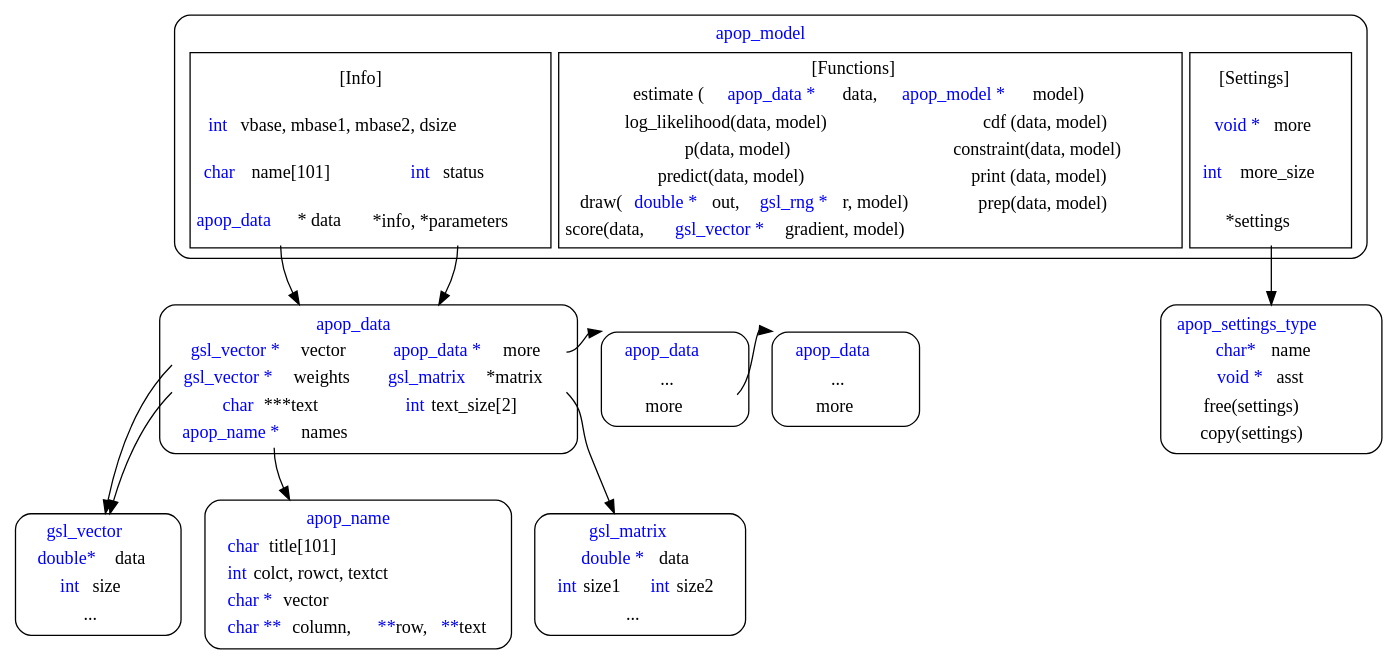
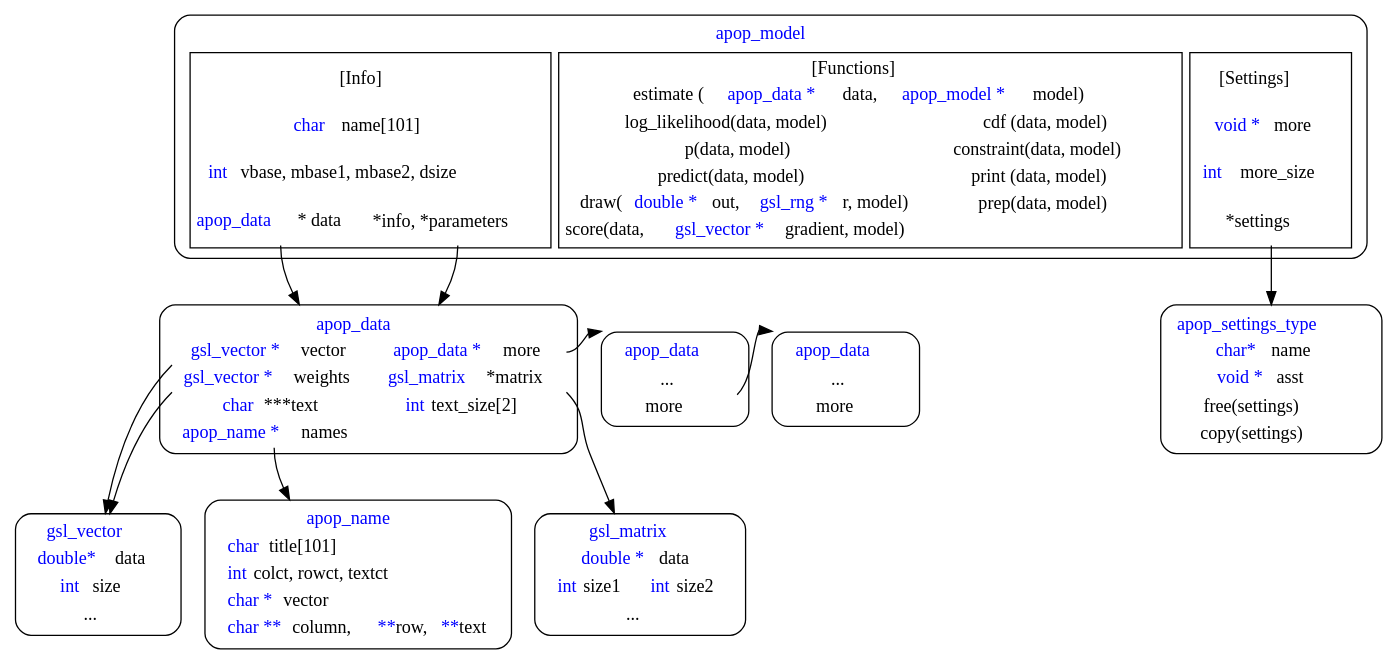
One commit to b-k/apophenia changed the diagram in doxy/structs.dot. Above: the diagram before and after it, drawn with Graphviz. The commit also changed 18 other files, not shown here.

```diff
--- a/doxy/structs.dot
+++ b/doxy/structs.dot
@@ -1,134 +1,131 @@
 
 digraph {
     node [shape="rect"];
 
 
     "model" [
         label = <
         <table border="0" cellborder="0">
         <tr>
         <td align="center" colspan="3"> <font color="blue">apop_model</font> </td></tr>
    <tr><td>
         <table border="1" cellborder="0">
         <tr><td colspan ="2" align="center"> [Info] </td></tr>
+        <tr> <td colspan ="2"><font color="blue"> char</font> name[101]</td> </tr>
         <tr><td colspan ="2"><font color="blue"> int</font> vbase, mbase1, mbase2, dsize </td></tr>
-        <tr>
-                <td><font color="blue"> char</font> name[101]</td>
-        <td><font color="blue"> int</font> status</td>
-        </tr>
         <tr><td port="dd"><font color="blue"> apop_data</font> * data </td>
         <td port="params">*info, *parameters</td>
         </tr>
         </table>
     </td><td>
         <table align="left" border="1" cellborder="0">
         <tr><td colspan ="2" align="center"> [Functions] </td></tr>
         <tr><td colspan ="2">estimate (<font color="blue">apop_data * </font> data, <font color="blue">apop_model * </font> model) </td></tr>
         <tr><td> log_likelihood(data, model) </td><td>cdf (data, model) </td></tr>
         <tr><td>p(data, model) </td><td>constraint(data, model) </td></tr>
         <tr><td>predict(data, model) </td><td> print (data, model) </td></tr>
         <tr><td>draw(<font color="blue">double *</font> out, <font
                 color="blue">gsl_rng *</font> r, model)</td><td>prep(data, model) </td></tr>
         <tr><td>score(data, <font color="blue">gsl_vector *</font>gradient, model) </td></tr>
         </table>
     </td><td>
         <table border="1" cellborder="0">
         <tr><td align="center"> [Settings] </td></tr>
         <tr><td> <font color="blue">void * </font> more </td></tr>
         <tr><td > <font color="blue">int  </font> more_size </td></tr>
         <tr><td port="ls"> *settings</td></tr>
         </table>
     </td></tr></table>
 >
 style="rounded"
 ];
 
 "settings" [ label  = <
         <table border="0" cellborder="0">
         <tr><td align="center"><font color="blue"> apop_settings_type </font></td></tr>
             <tr><td> <font color="blue">char* </font> name </td></tr> 
             <tr><td><font color="blue">void * </font> asst </td></tr>
             <tr><td> free(settings) </td></tr>
             <tr><td> copy(settings) </td></tr>
 </table>>
 style="rounded"
 ];
 
     subgraph {rank="same"
 "data" [
         label  = <
         <table border="0" cellborder="0">
         <tr><td colspan ="2" align="center"><font color="blue"> apop_data </font></td></tr>
         <tr><td port="vv"> <font color="blue">gsl_vector *</font> vector</td>
                 <td port="dm"> <font color="blue">apop_data *</font> more</td>                
                 </tr>
         <tr><td port="ww"> <font color="blue">gsl_vector *</font> weights</td>
                 <td port="mm"> <font color="blue">gsl_matrix</font> *matrix</td>
                 </tr>
         <tr>        <td > <font color="blue">char</font> ***text</td>
             <td > <font color="blue">int</font> text_size[2]</td>
             </tr>
         <tr><td port="nn"> <font color="blue">apop_name *</font> names </td> <td> </td> </tr>
 </table>>
 style="rounded"
 ];
 
 "info" [ label  = < <table border="0" cellborder="0"> 
     <tr><td  colspan ="2" align="center"> <font color="blue">apop_data </font> </td></tr>
     <tr><td  colspan ="2" align="center"> ... </td></tr> 
     <tr><td  colspan ="2" align="center" port="more1"> more </td></tr> 
     </table>>
 style="rounded"
         ];
 
 "infonext" [ label  = < <table border="0" cellborder="0"> 
     <tr><td  colspan ="2" align="center"> <font color="blue">apop_data </font> </td></tr>
     <tr><td  colspan ="2" align="center"> ... </td></tr> 
     <tr><td  colspan ="2" align="center" port="more1"> more </td></tr> 
     </table>>
 style="rounded"
         ];
     }
 
 
 "gsl_matrix" [ label  = < <table border="0" cellborder="0"> 
     <tr><td  colspan ="2" align="center"> <font color="blue">gsl_matrix </font> </td></tr>
     <tr><td  colspan ="2" align="center"> <font color="blue">double *</font> data</td></tr> 
     <tr><td> <font color="blue">int</font> size1 </td><td><font color="blue">int</font> size2</td></tr>
         <tr><td colspan ="2" align="center"> ... </td></tr>
     </table>>
 style="rounded"
         ];
 
 "names" [ label  = < <table border="0" cellborder="0"> 
     <tr><td align="center"> <font color="blue">apop_name</font> </td></tr>
     <tr><td align="left"> <font color="blue">char</font> title[101]</td></tr>
     <tr><td align="left"> <font color="blue">int</font> colct, rowct, textct</td></tr>
     <tr><td align="left"> <font color="blue">char *</font> vector</td></tr>
     <tr><td align="left"> <font color="blue">char **</font> column, <font color="blue">**</font>row, <font color="blue">**</font>text</td></tr>
     </table>>
 style="rounded"
         ];
 
 
 "gsl_vector" [ label  = < <table border="0" cellborder="0"> 
     <tr><td> <font color="blue">gsl_vector </font> </td></tr>
     <tr><td> <font color="blue">double* </font> data</td></tr> 
     <tr><td> <font color="blue">int </font> size </td></tr>
         <tr><td colspan ="2" align="center"> ... </td></tr>
     </table>>
 style="rounded"
         ];
 
 
 model:params:s -> data;
     model:dd:s -> data;
     model:ls -> settings;
 data:mm:se->gsl_matrix;
 data:vv:sw->gsl_vector;
 data:ww:sw->gsl_vector;
 data:nn->names;
 #data:dm->data:n;
 data:dm:e->info:nw [len=0.2];
 info:more1:ne->infonext:nw;
 }
```
